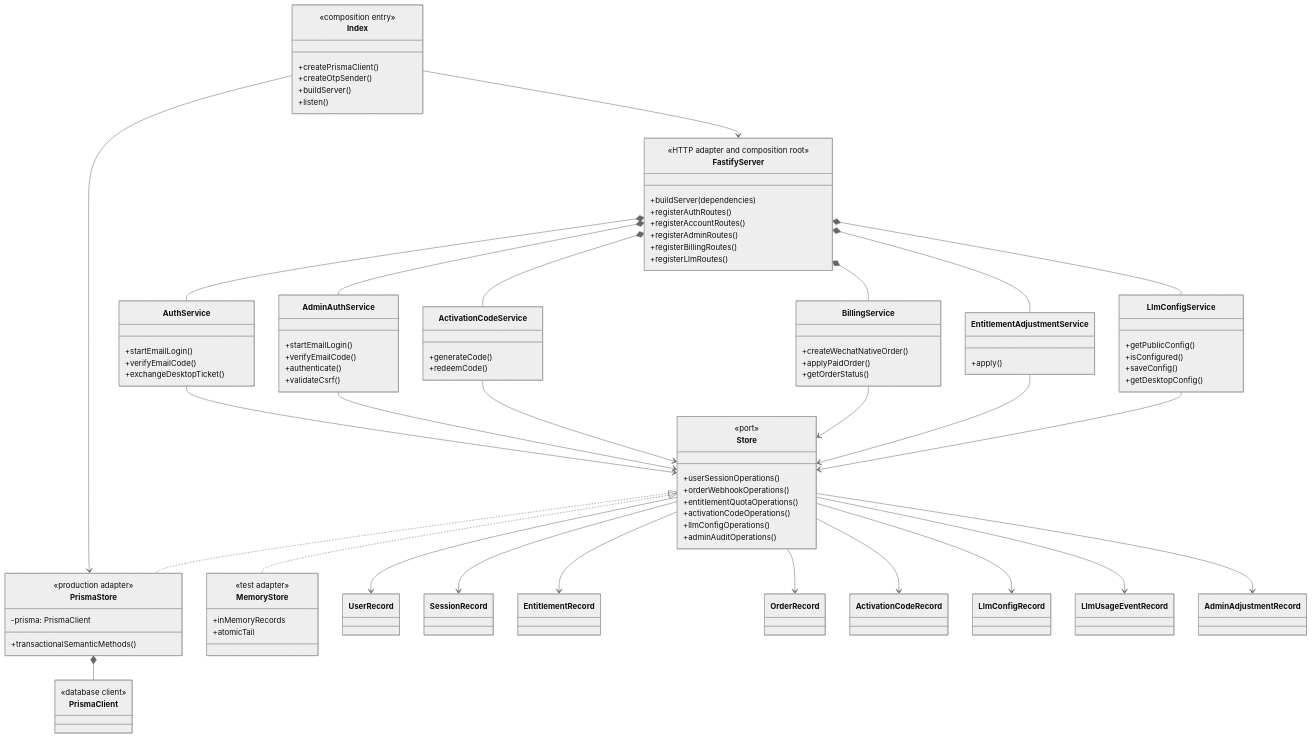
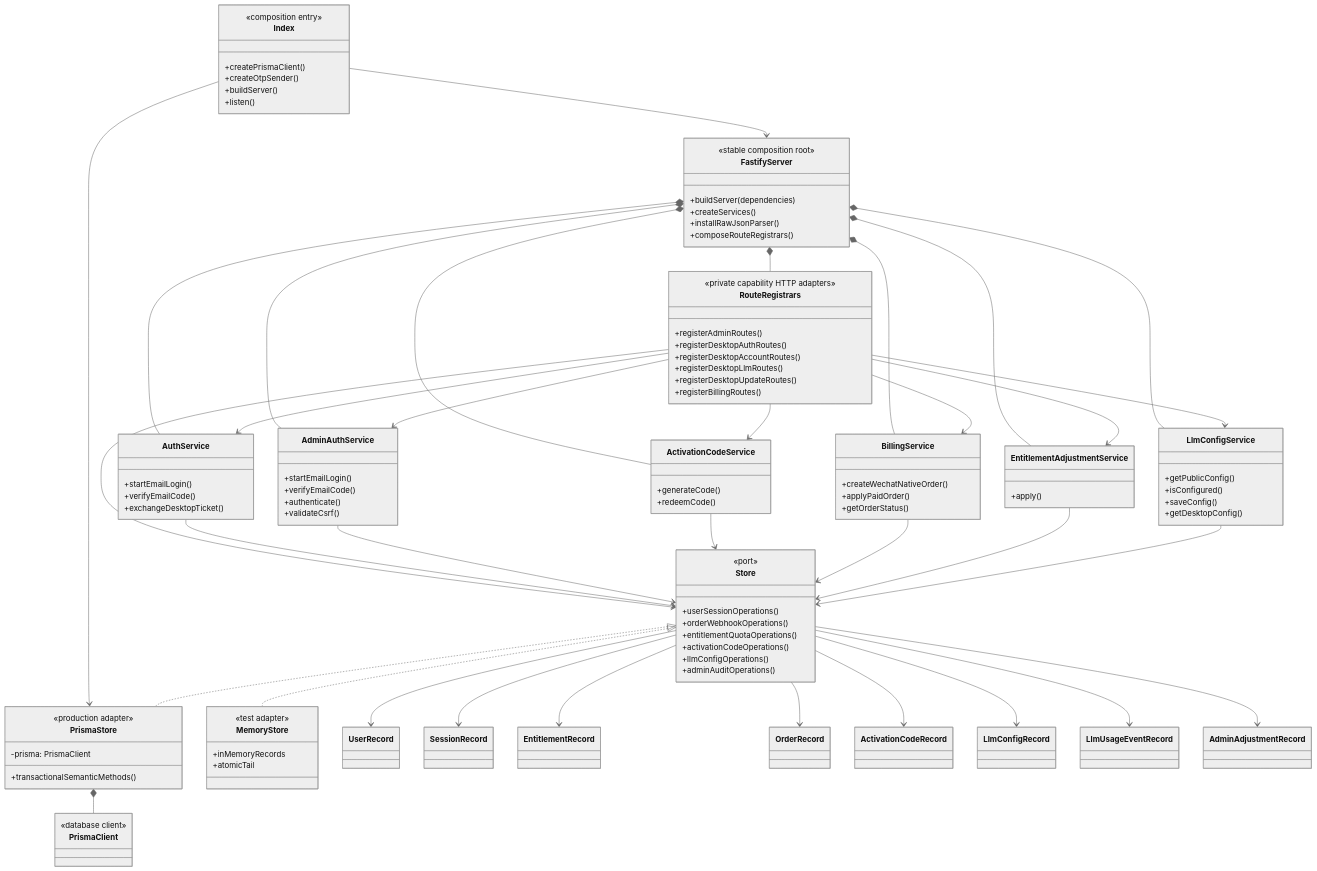
The sixth of 9 diagrams in docs/design-docs/frameq-code-audit-uml.md (jiabai/FrameQ), drawn with Mermaid (neutral theme) before and after one commit. The commit also changed other lines of this file and 19 other files, not shown here.

Commit message:
refactor(server): split routes by capability

```diff
--- a/docs/design-docs/frameq-code-audit-uml.md
+++ b/docs/design-docs/frameq-code-audit-uml.md
@@ -1462,13 +1474,21 @@
   }
 
   class FastifyServer {
-    <<HTTP adapter and composition root>>
+    <<stable composition root>>
     +buildServer(dependencies)
-    +registerAuthRoutes()
-    +registerAccountRoutes()
+    +createServices()
+    +installRawJsonParser()
+    +composeRouteRegistrars()
+  }
+
+  class RouteRegistrars {
+    <<private capability HTTP adapters>>
     +registerAdminRoutes()
+    +registerDesktopAuthRoutes()
+    +registerDesktopAccountRoutes()
+    +registerDesktopLlmRoutes()
+    +registerDesktopUpdateRoutes()
     +registerBillingRoutes()
-    +registerLlmRoutes()
   }
 
   class AuthService {
@@ -1543,12 +1563,20 @@
 
   Index --> FastifyServer
   Index --> PrismaStore
+  FastifyServer *-- RouteRegistrars
   FastifyServer *-- AuthService
   FastifyServer *-- AdminAuthService
   FastifyServer *-- ActivationCodeService
   FastifyServer *-- BillingService
   FastifyServer *-- EntitlementAdjustmentService
   FastifyServer *-- LlmConfigService
+  RouteRegistrars --> AuthService
+  RouteRegistrars --> AdminAuthService
+  RouteRegistrars --> ActivationCodeService
+  RouteRegistrars --> BillingService
+  RouteRegistrars --> EntitlementAdjustmentService
+  RouteRegistrars --> LlmConfigService
+  RouteRegistrars --> Store
   AuthService --> Store
   AdminAuthService --> Store
   ActivationCodeService --> Store
```
